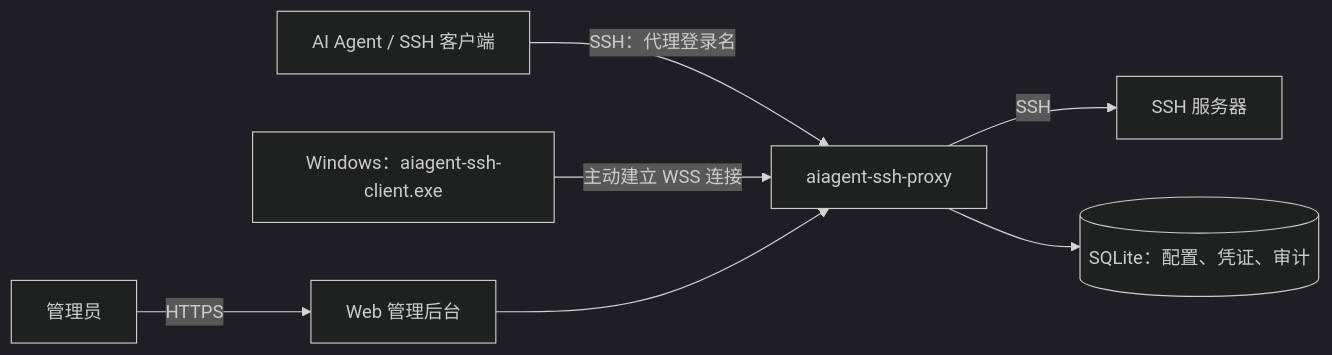
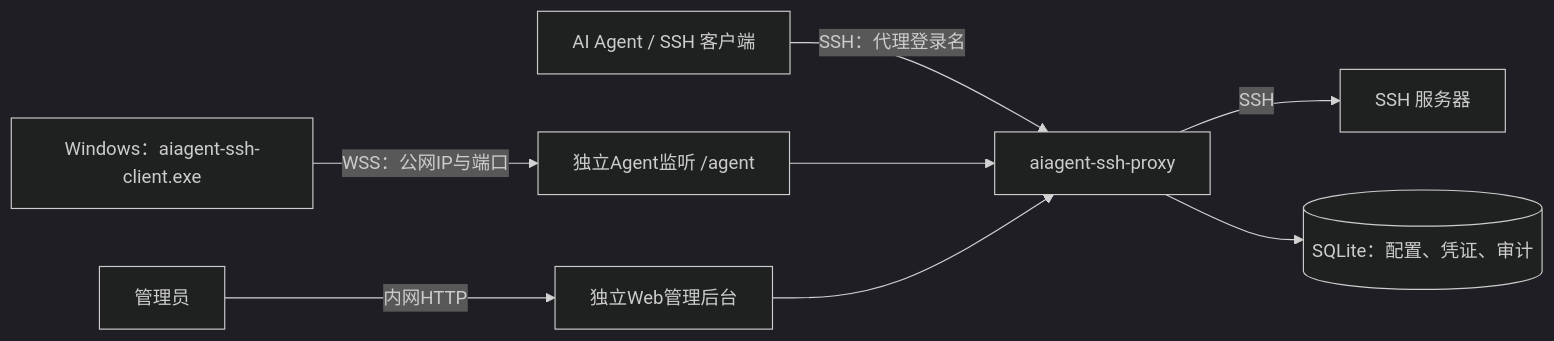
Before and after one commit to kingsh2012/claude-ssh-proxy: the diagram in README.md, drawn with Mermaid (dark theme). The commit also changed other lines of this file and 35 other files, not shown here.

First line of the commit message:
feat: isolate Agent listener with optional TLS and embedded client CA

````diff
--- a/README.md
+++ b/README.md
@@ -9,9 +9,10 @@
 ```mermaid
 flowchart LR
     AI[AI Agent / SSH 客户端] -->|SSH：代理登录名| Proxy[aiagent-ssh-proxy]
     Proxy -->|SSH| Linux[SSH 服务器]
-    Windows[Windows：aiagent-ssh-client.exe] -->|主动建立 WSS 连接| Proxy
-    Admin[管理员] -->|HTTPS| Web[Web 管理后台]
+    Windows[Windows：aiagent-ssh-client.exe] -->|WSS：公网IP与端口| Agent[独立Agent监听 /agent]
+    Agent --> Proxy
+    Admin[管理员] -->|内网HTTP| Web[独立Web管理后台]
     Web --> Proxy
     Proxy --> DB[(SQLite：配置、凭证、审计)]
 ```
````
